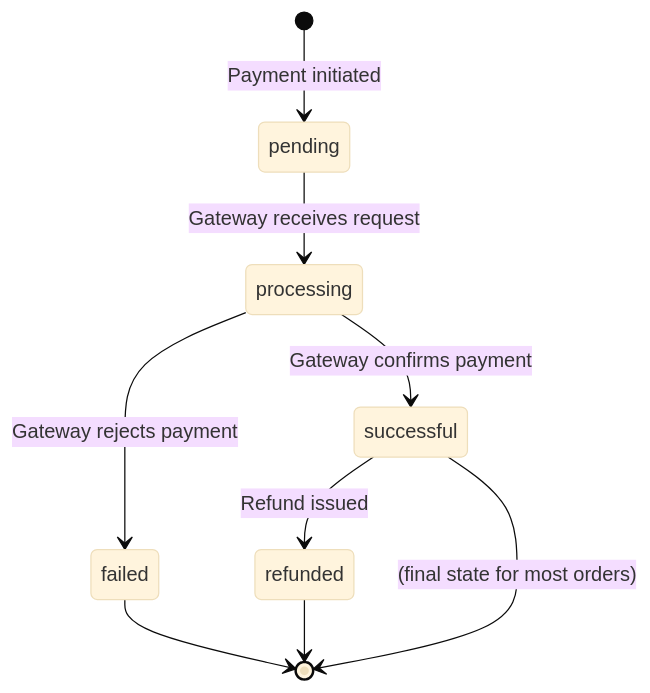
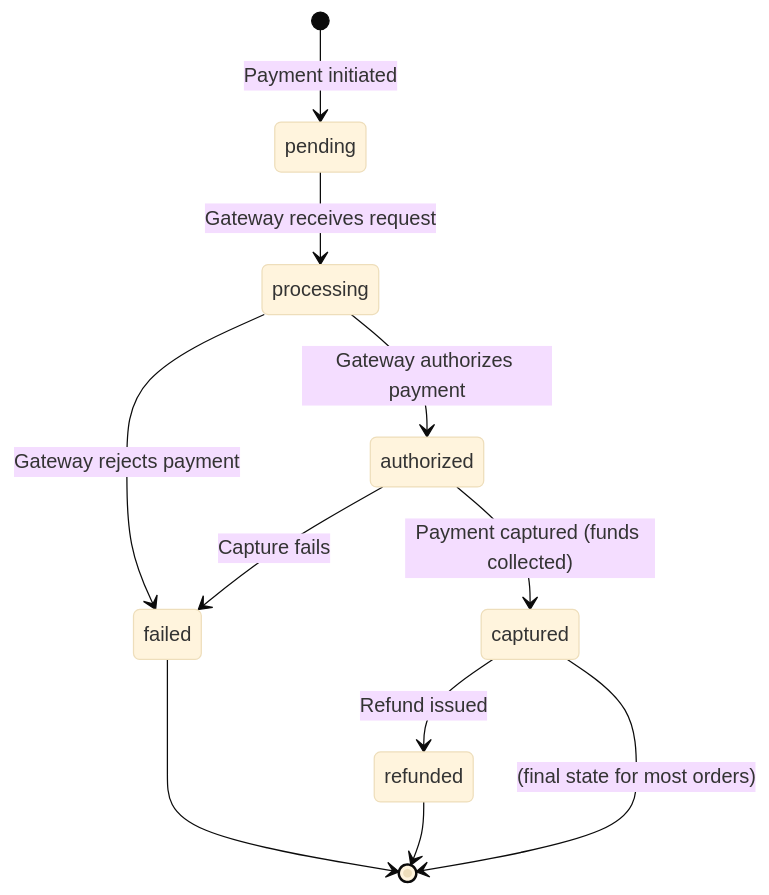
Before and after one commit to flemming-n-larsen/architecture-as-code-example: the third of 5 diagrams in docs/architecture/models/domain/payment.md, drawn with Mermaid (base theme). The commit also changed other lines of this file and 16 other files, not shown here.

Commit message:
docs: update references and formatting in architecture and story documents

````diff
--- a/docs/architecture/models/domain/payment.md
+++ b/docs/architecture/models/domain/payment.md
@@ -69,11 +71,13 @@
 ```mermaid
 stateDiagram-v2
     [*] --> pending: Payment initiated
     pending --> processing: Gateway receives request
-    processing --> successful: Gateway confirms payment
+    processing --> authorized: Gateway authorizes payment
     processing --> failed: Gateway rejects payment
-    successful --> refunded: Refund issued
+    authorized --> captured: Payment captured (funds collected)
+    authorized --> failed: Capture fails
+    captured --> refunded: Refund issued
     failed --> [*]
     refunded --> [*]
-    successful --> [*]: (final state for most orders)
+    captured --> [*]: (final state for most orders)
 ```
````
